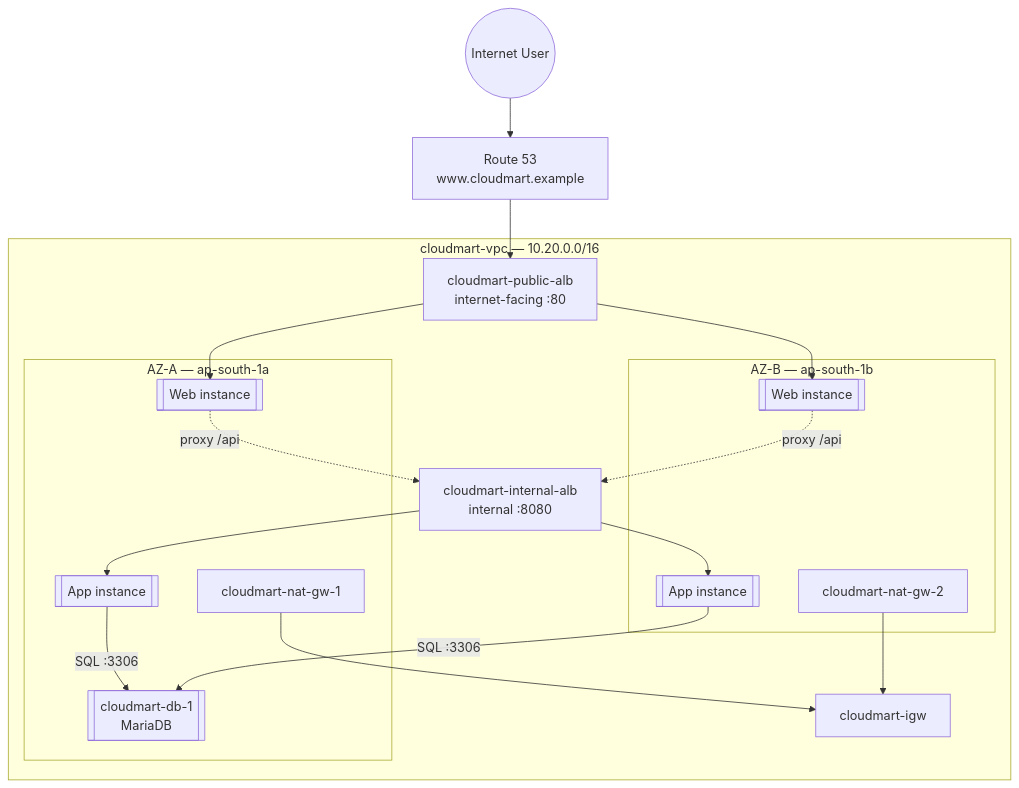
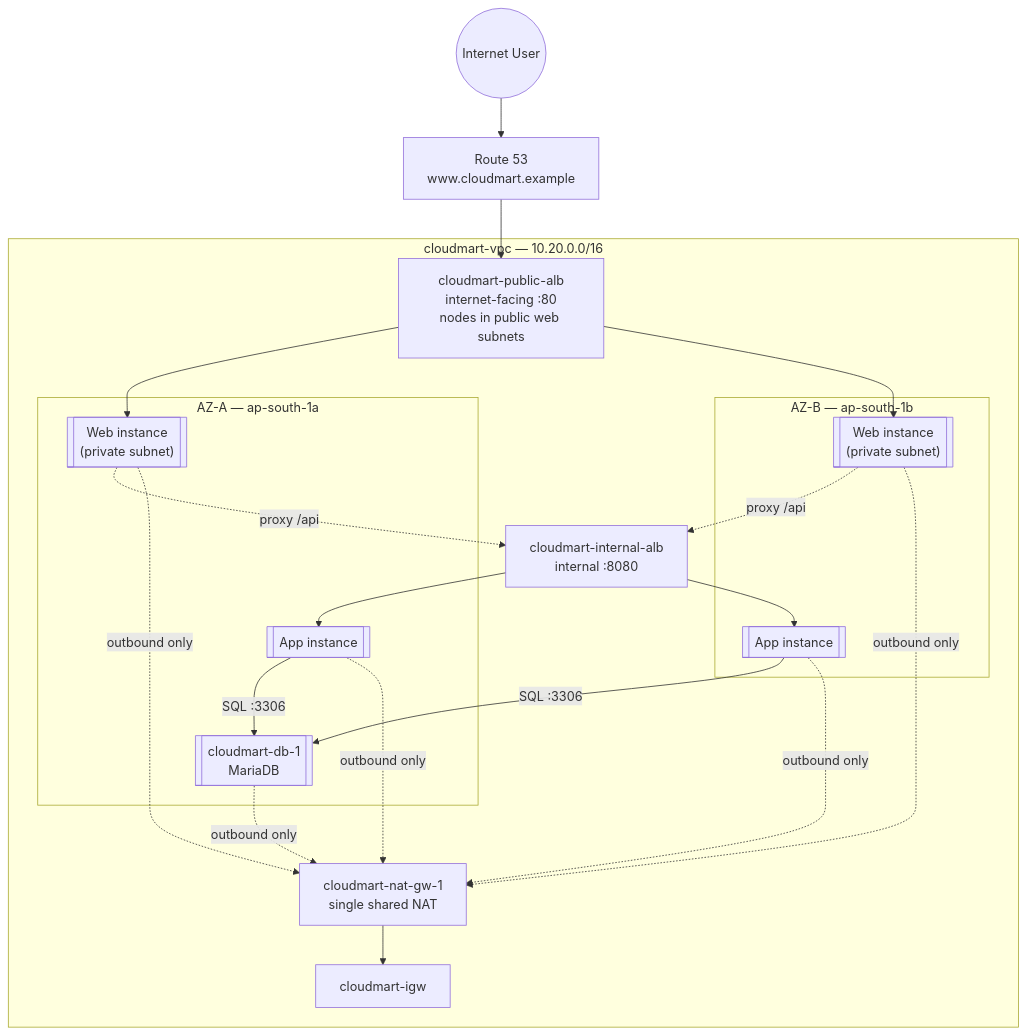
One commit to msdeepak052/AWS_Imp_Concepts changed the first of 2 diagrams in Capstone-Project/Project-1/02-Architecture-and-Design.md. Above: the diagram before and after it, drawn with Mermaid. The commit also changed other lines of this file and 4 other files, not shown here.

Commit message:
Architecture updated

````diff
--- a/Capstone-Project/Project-1/02-Architecture-and-Design.md
+++ b/Capstone-Project/Project-1/02-Architecture-and-Design.md
@@ -11,35 +11,34 @@
 ```mermaid
 flowchart TB
     USER((Internet User)) --> R53[Route 53<br/>www.cloudmart.example]
     R53 --> PALB
 
     subgraph VPC["cloudmart-vpc — 10.20.0.0/16"]
-        PALB[cloudmart-public-alb<br/>internet-facing :80]
+        PALB[cloudmart-public-alb<br/>internet-facing :80<br/>nodes in public web subnets]
         IALB[cloudmart-internal-alb<br/>internal :8080]
         IGW[cloudmart-igw]
+        NAT1[cloudmart-nat-gw-1<br/>single shared NAT]
 
         subgraph AZA["AZ-A — ap-south-1a"]
-            WEB1[["Web instance"]]
+            WEB1[["Web instance<br/>(private subnet)"]]
             APP1[["App instance"]]
             DB1[["cloudmart-db-1<br/>MariaDB"]]
-            NAT1[cloudmart-nat-gw-1]
         end
 
         subgraph AZB["AZ-B — ap-south-1b"]
-            WEB2[["Web instance"]]
+            WEB2[["Web instance<br/>(private subnet)"]]
             APP2[["App instance"]]
-            NAT2[cloudmart-nat-gw-2]
         end
 
         PALB --> WEB1
         PALB --> WEB2
         WEB1 -.proxy /api.-> IALB
         WEB2 -.proxy /api.-> IALB
         IALB --> APP1
         IALB --> APP2
         APP1 -->|SQL :3306| DB1
         APP2 -->|SQL :3306| DB1
+        WEB1 & WEB2 & APP1 & APP2 & DB1 -.outbound only.-> NAT1
         NAT1 --> IGW
-        NAT2 --> IGW
     end
 ```
````
